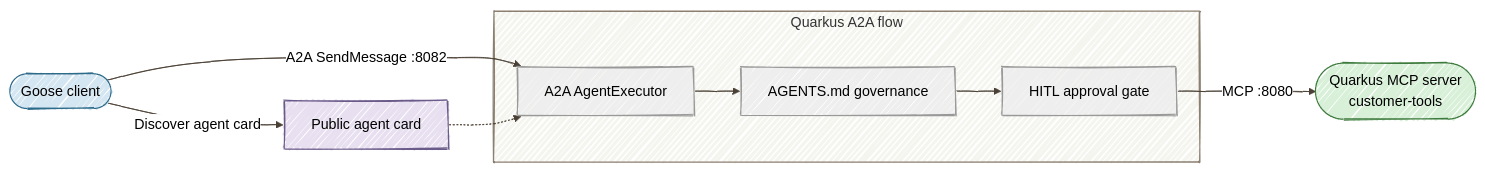
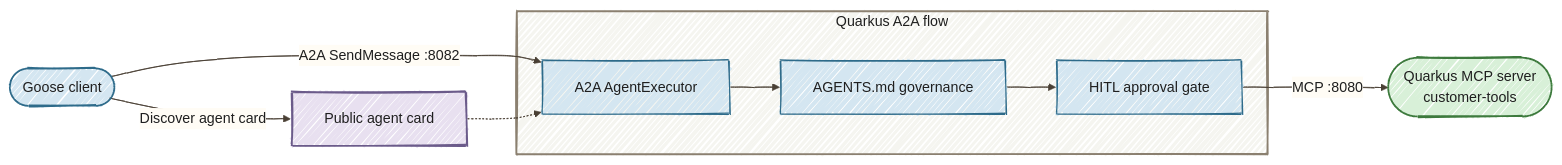
One commit to danieloh30/governed-agent-platform changed the first of 2 diagrams in docs/tutorials/04-multi-agent-governance.md. Above: the diagram before and after it, drawn with Mermaid. The commit also changed other lines of this file and 14 other files, not shown here.

Commit message:
Improve Mermaid readability in light and dark modes

````diff
--- a/docs/tutorials/04-multi-agent-governance.md
+++ b/docs/tutorials/04-multi-agent-governance.md
@@ -50,20 +50,20 @@
 ```mermaid
-%%{init: {'look':'handDrawn','theme':'neutral','themeVariables': {'lineColor':'#4A4035'}}}%%
+%%{init: {"look":"handDrawn","theme":"base","themeVariables":{"darkMode":false,"background":"#FFFCF5","primaryColor":"#D4E6F1","primaryBorderColor":"#2E6B8A","primaryTextColor":"#1F1F1F","secondaryColor":"#D8F0D8","secondaryTextColor":"#1F1F1F","tertiaryColor":"#E8DCC4","tertiaryTextColor":"#1F1F1F","textColor":"#1F1F1F","lineColor":"#4A4035","edgeLabelBackground":"#FFFCF5","clusterBkg":"#F5F5F0","clusterBorder":"#6B5B45","fontSize":"16px","actorBkg":"#D4E6F1","actorBorder":"#2E6B8A","actorTextColor":"#1F1F1F","actorLineColor":"#6B5B45","signalColor":"#4A4035","signalTextColor":"#1F1F1F"},"flowchart":{"nodeSpacing":35,"rankSpacing":55,"padding":18}}}%%
 flowchart LR
     G([Goose client]) -->|Discover agent card| CARD["Public agent card"]
     G -->|A2A SendMessage :8082| EXEC
 
     subgraph QFLOW["Quarkus A2A flow"]
         EXEC["A2A AgentExecutor"]
         GOV["AGENTS.md governance"]
         HITL["HITL approval gate"]
         EXEC --> GOV --> HITL
     end
 
     HITL -->|MCP :8080| MCP(["Quarkus MCP server<br/>customer-tools"])
     CARD -.-> EXEC
-    style G fill:#D4E6F1,stroke:#2E6B8A
-    style QFLOW fill:#F5F5F0,stroke:#8B8070
-    style CARD fill:#E8E0F0,stroke:#6B5B8A
-    style MCP fill:#D8F0D8,stroke:#3D7A3D
+    style G fill:#D4E6F1,stroke:#2E6B8A,color:#1F1F1F,stroke-width:2px
+    style QFLOW fill:#F5F5F0,stroke:#8B8070,color:#1F1F1F,stroke-width:2px
+    style CARD fill:#E8E0F0,stroke:#6B5B8A,color:#1F1F1F,stroke-width:2px
+    style MCP fill:#D8F0D8,stroke:#3D7A3D,color:#1F1F1F,stroke-width:2px
 ```
````
